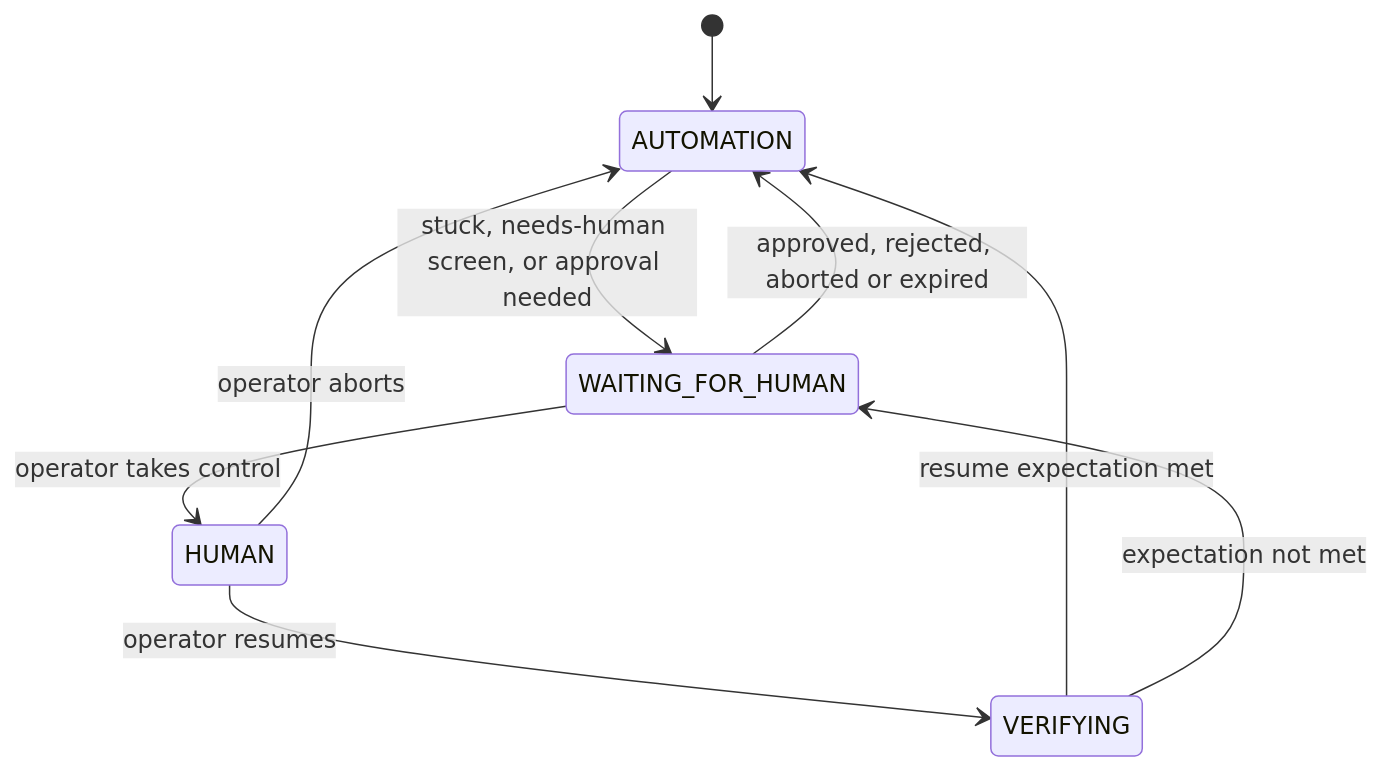
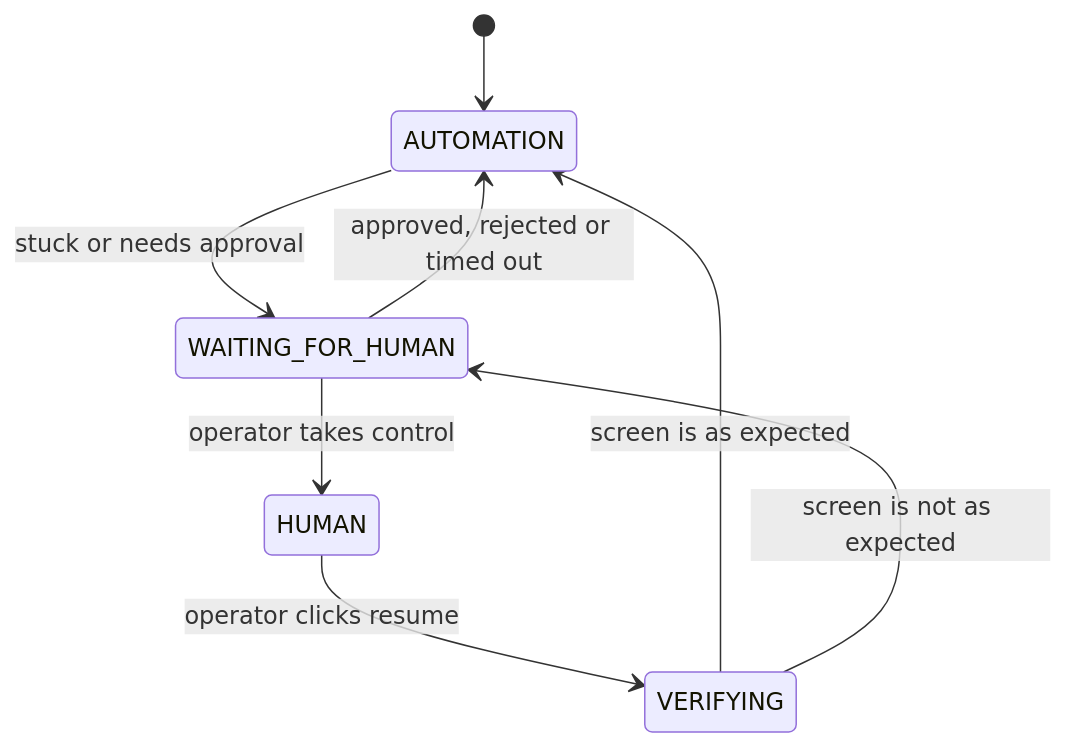
Before and after one commit to saggu-uic/Computer-Use-Automation-System: the second of 2 diagrams in REPORT.md, drawn with Mermaid. The commit also changed other lines of this file and 1 other file, not shown here.

````diff
--- a/REPORT.md
+++ b/REPORT.md
@@ -454,11 +555,10 @@
 ```mermaid
 stateDiagram-v2
   [*] --> AUTOMATION
-  AUTOMATION --> WAITING_FOR_HUMAN: stuck, needs-human screen, or approval needed
+  AUTOMATION --> WAITING_FOR_HUMAN: stuck or needs approval
   WAITING_FOR_HUMAN --> HUMAN: operator takes control
-  WAITING_FOR_HUMAN --> AUTOMATION: approved, rejected, aborted or expired
-  HUMAN --> VERIFYING: operator resumes
-  HUMAN --> AUTOMATION: operator aborts
-  VERIFYING --> AUTOMATION: resume expectation met
-  VERIFYING --> WAITING_FOR_HUMAN: expectation not met
+  HUMAN --> VERIFYING: operator clicks resume
+  VERIFYING --> AUTOMATION: screen is as expected
+  VERIFYING --> WAITING_FOR_HUMAN: screen is not as expected
+  WAITING_FOR_HUMAN --> AUTOMATION: approved, rejected or timed out
 ```
````
